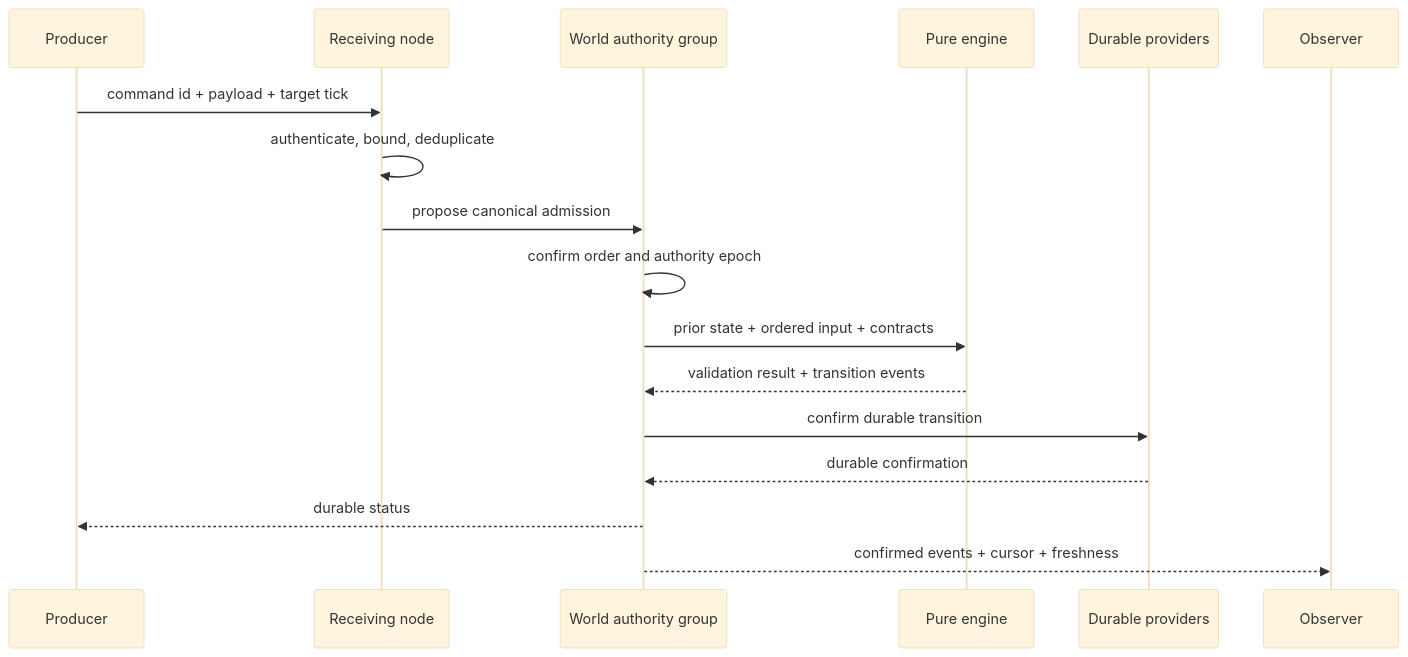
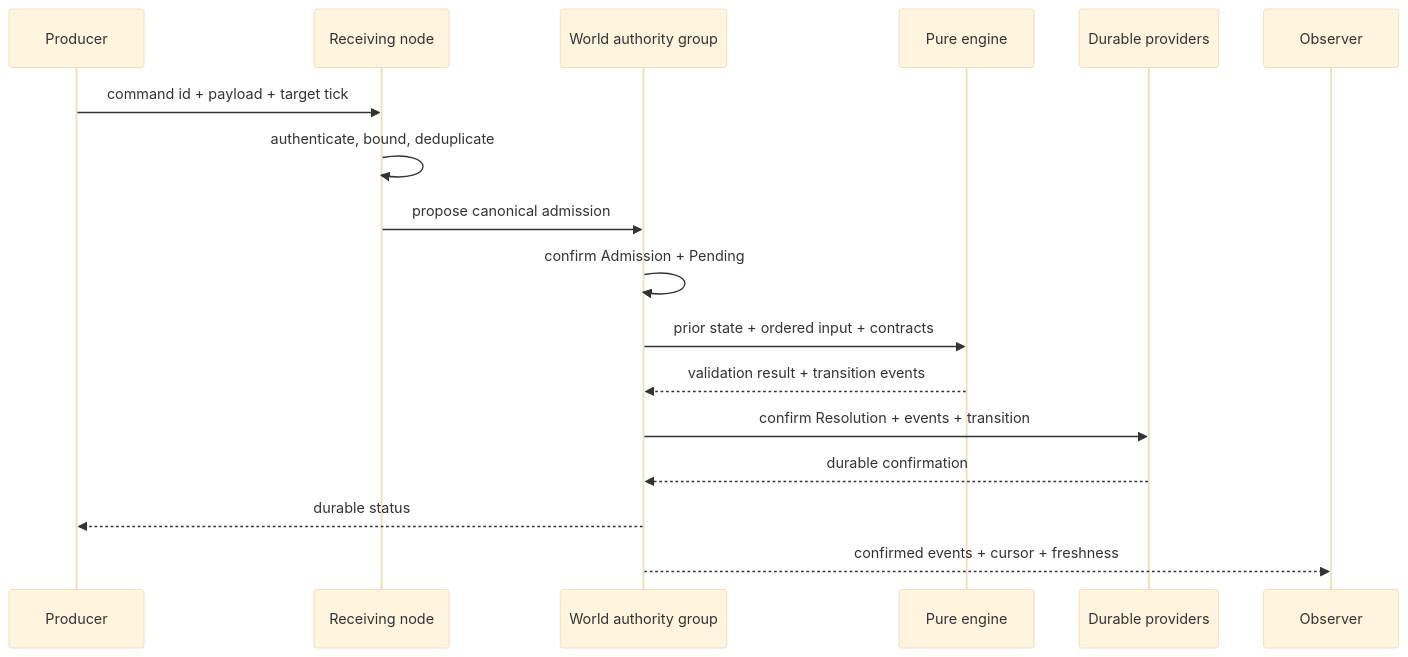
One commit to Seeyuj/Seej changed the diagram in seej/docs/ARCHITECTURE.md. Above: the diagram before and after it, drawn with Mermaid (base theme). The commit also changed other lines of this file and 5 other files, not shown here.

Commit message:
docs: specify durable command admission and expiration

````diff
--- a/seej/docs/ARCHITECTURE.md
+++ b/seej/docs/ARCHITECTURE.md
@@ -85,20 +85,20 @@
 ```mermaid
 sequenceDiagram
     participant Producer
     participant Node as Receiving node
     participant Group as World authority group
     participant Engine as Pure engine
     participant Store as Durable providers
     participant Observer
 
     Producer->>Node: command id + payload + target tick
     Node->>Node: authenticate, bound, deduplicate
     Node->>Group: propose canonical admission
-    Group->>Group: confirm order and authority epoch
+    Group->>Group: confirm Admission + Pending
     Group->>Engine: prior state + ordered input + contracts
     Engine-->>Group: validation result + transition events
-    Group->>Store: confirm durable transition
+    Group->>Store: confirm Resolution + events + transition
     Store-->>Group: durable confirmation
     Group-->>Producer: durable status
     Group-->>Observer: confirmed events + cursor + freshness
 ```
````
